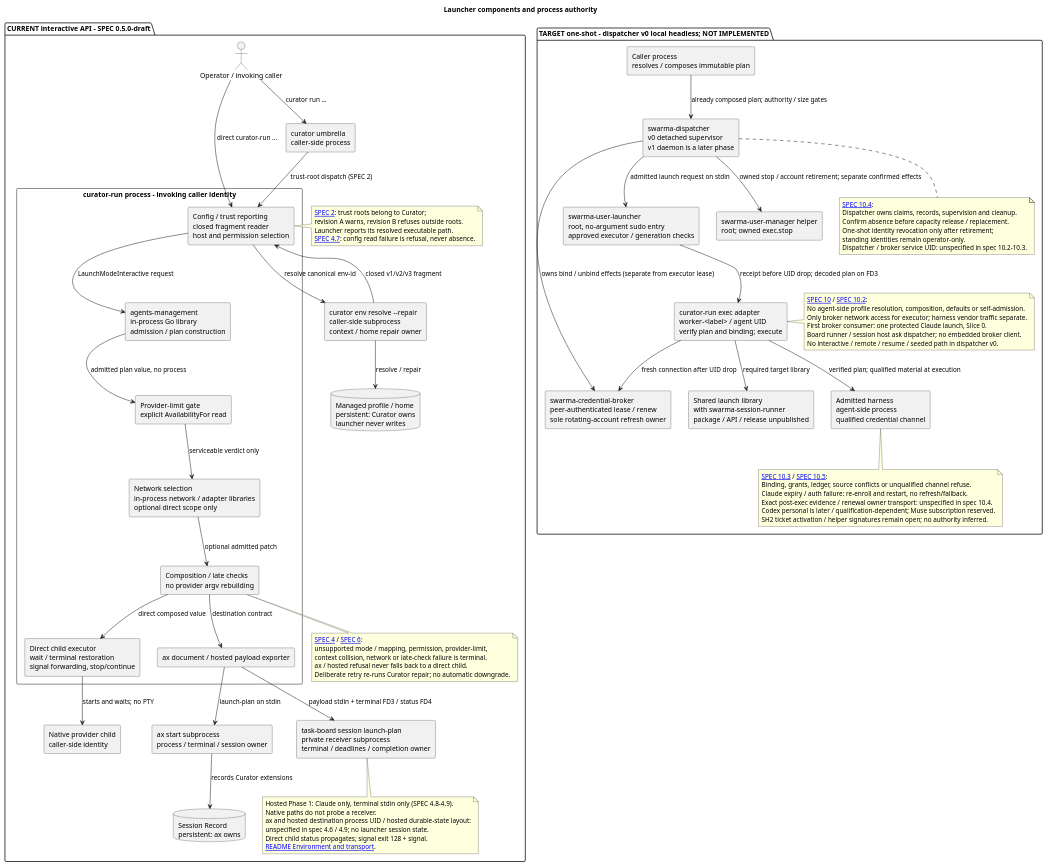
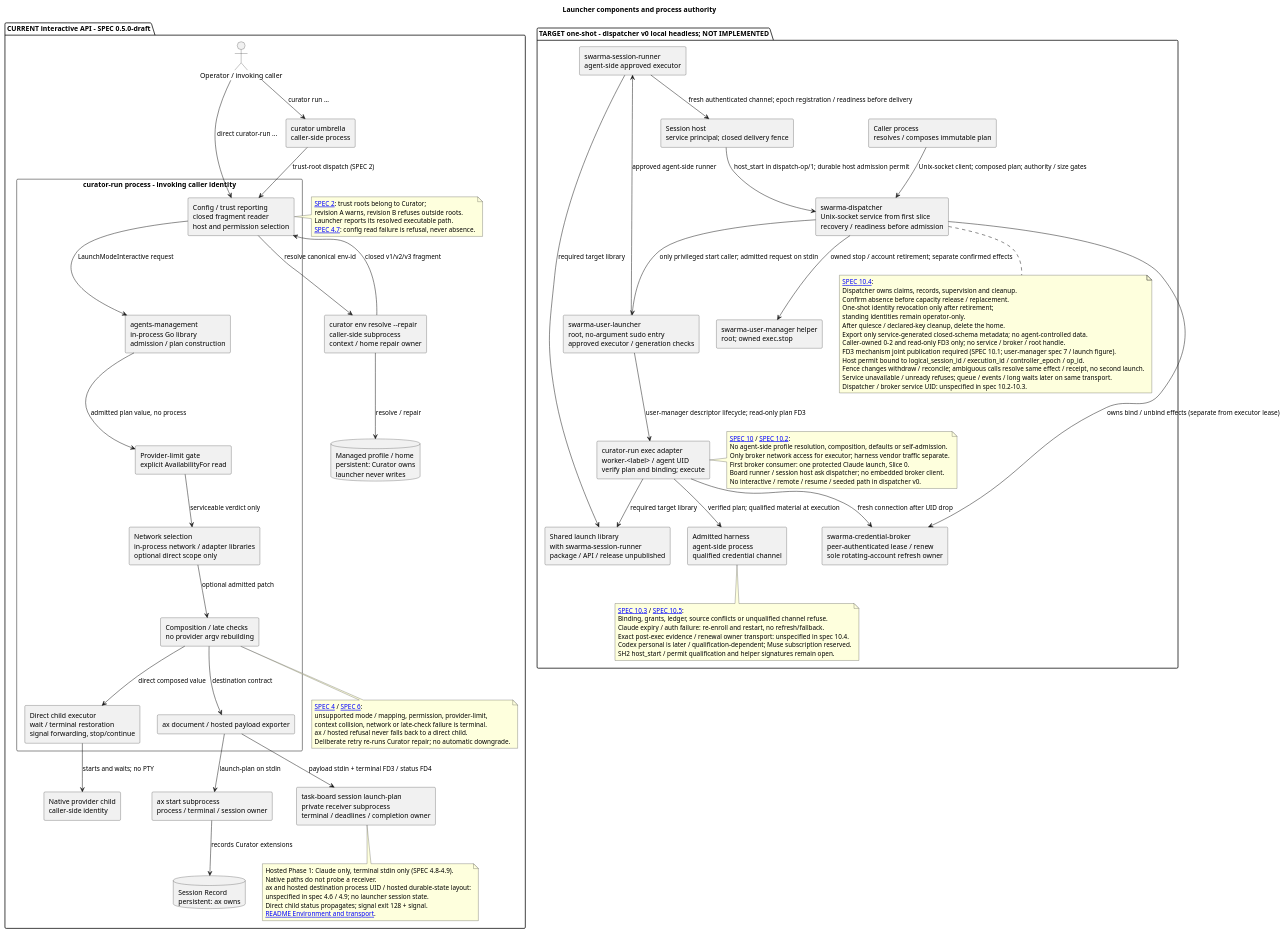
The diagram in diagrams/components.puml (relux-works/curator-agent-launcher), drawn with PlantUML before and after one commit. The commit also changed 6 other files, not shown here.

First line of the commit message:
Apply accepted review findings: FD3 descriptor lifecycle reference, no launch tickets (owner 2026-10-12) (TASK-261012-2uhpzh)

```diff
--- a/diagrams/components.puml
+++ b/diagrams/components.puml
@@ -1,104 +1,117 @@
 @startuml
 title Launcher components and process authority
 skinparam componentStyle rectangle
 
 package "CURRENT interactive API - SPEC 0.5.0-draft" {
   actor "Operator / invoking caller" as operator
   component "curator umbrella\ncaller-side process" as umbrella
   component "curator env resolve --repair\ncaller-side subprocess\ncontext / home repair owner" as curator
   rectangle "curator-run process - invoking caller identity" {
     component "Config / trust reporting\nclosed fragment reader\nhost and permission selection" as config
     component "agents-management\nin-process Go library\nadmission / plan construction" as composer
     component "Provider-limit gate\nexplicit AvailabilityFor read" as limits
     component "Network selection\nin-process network / adapter libraries\noptional direct scope only" as network
     component "Composition / late checks\nno provider argv rebuilding" as compose
     component "Direct child executor\nwait / terminal restoration\nsignal forwarding, stop/continue" as executor
     component "ax document / hosted payload exporter" as exporter
   }
   component "Native provider child\ncaller-side identity" as child
   component "ax start subprocess\nprocess / terminal / session owner" as ax
   component "task-board session launch-plan\nprivate receiver subprocess\nterminal / deadlines / completion owner" as receiver
   database "Managed profile / home\npersistent: Curator owns\nlauncher never writes" as home
   database "Session Record\npersistent: ax owns" as record
   operator --> umbrella : curator run ...
   umbrella --> config : trust-root dispatch (SPEC 2)
   operator --> config : direct curator-run ...
   config --> curator : resolve canonical env-id
   curator --> home : resolve / repair
   curator --> config : closed v1/v2/v3 fragment
   config --> composer : LaunchModeInteractive request
   composer --> limits : admitted plan value, no process
   limits --> network : serviceable verdict only
   network --> compose : optional admitted patch
   compose --> executor : direct composed value
   executor --> child : starts and waits; no PTY
   compose --> exporter : destination contract
   exporter --> ax : launch-plan on stdin
   ax --> record : records Curator extensions
   exporter --> receiver : payload stdin + terminal FD3 / status FD4
   note right of config
     [[../SPEC.md#2-discovery-and-naming SPEC 2]]: trust roots belong to Curator;
     revision A warns, revision B refuses outside roots.
     Launcher reports its resolved executable path.
     [[../SPEC.md#47-the-launchers-configuration-file-family SPEC 4.7]]: config read failure is refusal, never absence.
   end note
   note bottom of compose
     [[../SPEC.md#4-composition-algorithm SPEC 4]] / [[../SPEC.md#6-errors-and-diagnostics SPEC 6]]:
     unsupported mode / mapping, permission, provider-limit,
     context collision, network or late-check failure is terminal.
     ax / hosted refusal never falls back to a direct child.
     Deliberate retry re-runs Curator repair; no automatic downgrade.
   end note
   note bottom of receiver
     Hosted Phase 1: Claude only, terminal stdin only (SPEC 4.8-4.9).
     Native paths do not probe a receiver.
     ax and hosted destination process UID / hosted durable-state layout:
     unspecified in spec 4.6 / 4.9; no launcher session state.
     Direct child status propagates; signal exit 128 + signal.
     [[../README.md#environment-and-transport README Environment and transport]].
   end note
 }
 
 package "TARGET one-shot - dispatcher v0 local headless; NOT IMPLEMENTED" {
   component "Caller process\nresolves / composes immutable plan" as caller
-  component "swarma-dispatcher\nv0 detached supervisor\nv1 daemon is a later phase" as dispatcher
+  component "swarma-dispatcher\nUnix-socket service from first slice\nrecovery / readiness before admission" as dispatcher
   component "swarma-user-launcher\nroot, no-argument sudo entry\napproved executor / generation checks" as privileged
   component "curator-run exec adapter\nworker-<label> / agent UID\nverify plan and binding; execute" as agent
   component "Shared launch library\nwith swarma-session-runner\npackage / API / release unpublished" as shared
   component "swarma-credential-broker\npeer-authenticated lease / renew\nsole rotating-account refresh owner" as broker
   component "Admitted harness\nagent-side process\nqualified credential channel" as harness
   component "swarma-user-manager helper\nroot; owned exec.stop" as helper
-  caller --> dispatcher : already composed plan; authority / size gates
-  dispatcher --> privileged : admitted launch request on stdin
-  privileged --> agent : receipt before UID drop; decoded plan on FD3
+  component "Session host\nservice principal; closed delivery fence" as targethost
+  component "swarma-session-runner\nagent-side approved executor" as targetrunner
+  caller --> dispatcher : Unix-socket client; composed plan; authority / size gates
+  targethost --> dispatcher : host_start in dispatch-op/1; durable host admission permit
+  privileged --> targetrunner : approved agent-side runner
+  targetrunner --> targethost : fresh authenticated channel; epoch registration / readiness before delivery
+  targetrunner --> shared : required target library
+  dispatcher --> privileged : only privileged start caller; admitted request on stdin
+  privileged --> agent : user-manager descriptor lifecycle; read-only plan FD3
   agent --> shared : required target library
   agent --> broker : fresh connection after UID drop
   agent --> harness : verified plan; qualified material at execution
   dispatcher --> broker : owns bind / unbind effects (separate from executor lease)
   dispatcher --> helper : owned stop / account retirement; separate confirmed effects
   note right of agent
     [[../SPEC.md#10-agent-account-one-shot-exec-contract-target-amendment SPEC 10]] / [[../SPEC.md#102-caller-dispatcher-privileged-launcher-and-executor SPEC 10.2]]:
     No agent-side profile resolution, composition, defaults or self-admission.
     Only broker network access for executor; harness vendor traffic separate.
     First broker consumer: one protected Claude launch, Slice 0.
     Board runner / session host ask dispatcher; no embedded broker client.
     No interactive / remote / resume / seeded path in dispatcher v0.
   end note
   note bottom of dispatcher
     [[../SPEC.md#104-signals-stop-receipts-and-cleanup SPEC 10.4]]:
     Dispatcher owns claims, records, supervision and cleanup.
     Confirm absence before capacity release / replacement.
     One-shot identity revocation only after retirement;
     standing identities remain operator-only.
+    After quiesce / declared-key cleanup, delete the home.
+    Export only service-generated closed-schema metadata; no agent-controlled data.
+    Caller-owned 0-2 and read-only FD3 only; no service / broker / root handle.
+    FD3 mechanism joint publication required (SPEC 10.1; user-manager spec 7 / launch figure).
+    Host permit bound to logical_session_id / execution_id / controller_epoch / op_id.
+    Fence changes withdraw / reconcile; ambiguous calls resolve same effect / receipt, no second launch.
+    Service unavailable / unready refuses; queue / events / long waits later on same transport.
     Dispatcher / broker service UID: unspecified in spec 10.2-10.3.
   end note
   note bottom of harness
     [[../SPEC.md#103-broker-binding-credential-delivery-and-rollout SPEC 10.3]] / [[../SPEC.md#105-typed-refusals-exit-status-and-activation-questions SPEC 10.5]]:
     Binding, grants, ledger, source conflicts or unqualified channel refuse.
     Claude expiry / auth failure: re-enroll and restart, no refresh/fallback.
     Exact post-exec evidence / renewal owner transport: unspecified in spec 10.4.
     Codex personal is later / qualification-dependent; Muse subscription reserved.
-    SH2 ticket activation / helper signatures remain open; no authority inferred.
+    SH2 host_start / permit qualification and helper signatures remain open.
   end note
 }
 @enduml
```
